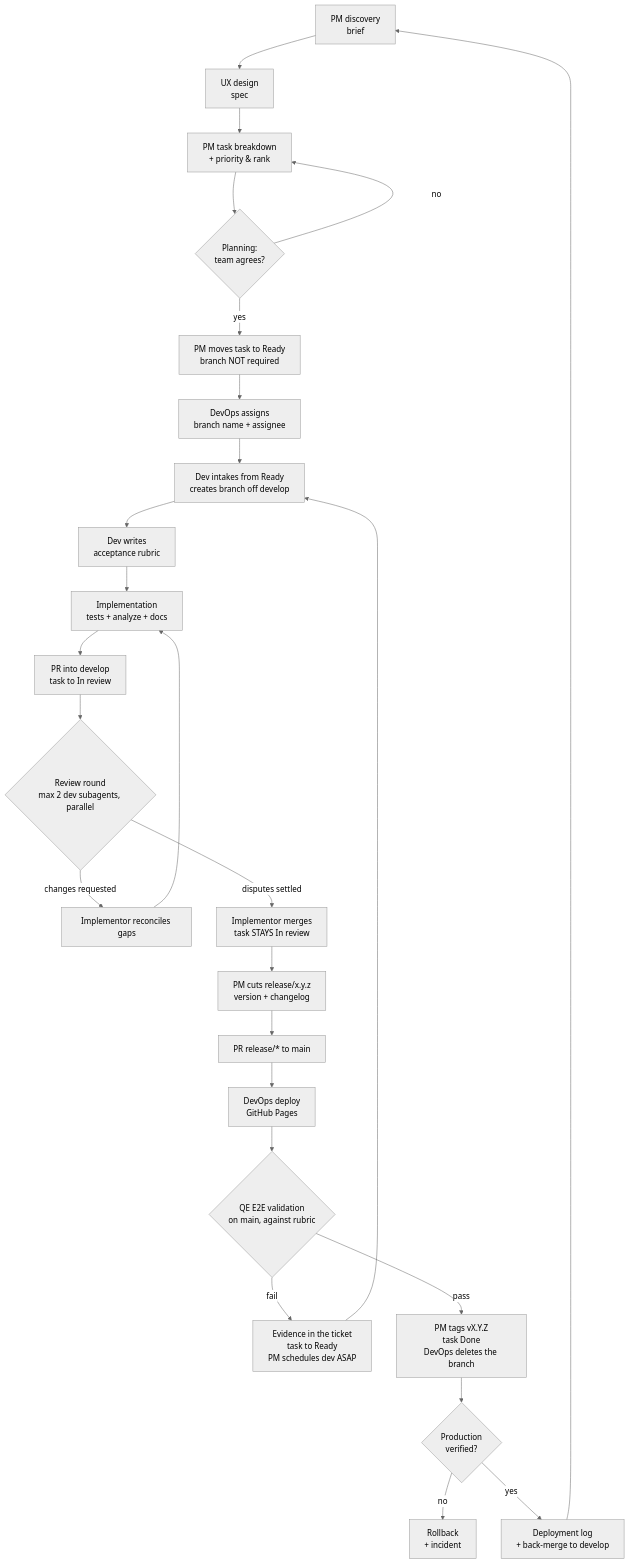
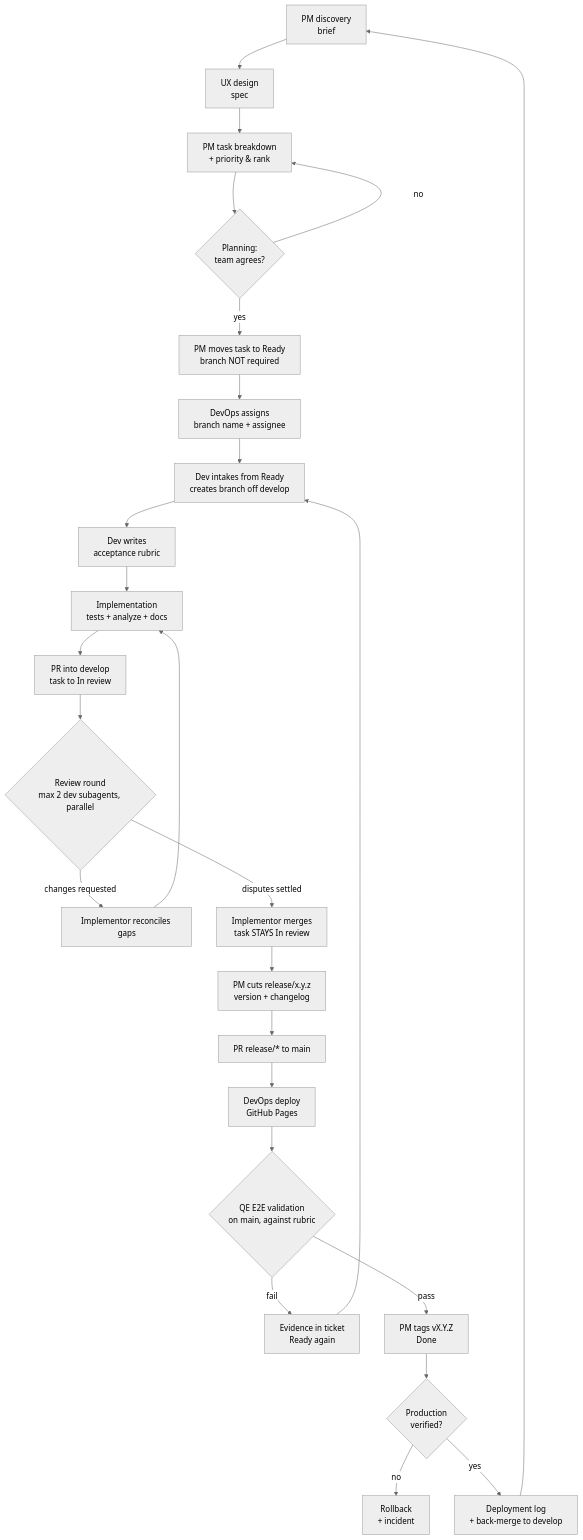
The diagram in docs/agent-team.md (y0n1/bust_a_move_clone), drawn with Mermaid (neutral theme) before and after one commit. The commit also changed other lines of this file and 89 other files, not shown here.

````diff
--- a/docs/agent-team.md
+++ b/docs/agent-team.md
@@ -114,28 +131,28 @@
 ```mermaid
 flowchart TD
     A[PM discovery<br/>brief] --> B[UX design<br/>spec]
     B --> C[PM task breakdown<br/>+ priority & rank]
     C --> D{Planning:<br/>team agrees?}
     D -- no --> C
     D -- yes --> E[PM moves task to Ready<br/>branch NOT required]
     E --> F[DevOps assigns<br/>branch name + assignee]
     F --> G[Dev intakes from Ready<br/>creates branch off develop]
     G --> H[Dev writes<br/>acceptance rubric]
     H --> I[Implementation<br/>tests + analyze + docs]
     I --> J[PR into develop<br/>task to In review]
     J --> K{Review round<br/>max 2 dev subagents, parallel}
     K -- changes requested --> L[Implementor reconciles gaps]
     L --> I
     K -- disputes settled --> M[Implementor merges<br/>task STAYS In review]
     M --> N[PM cuts release/x.y.z<br/>version + changelog]
     N --> O[PR release/* to main]
     O --> P[DevOps deploy<br/>GitHub Pages]
     P --> Q{QE E2E validation<br/>on main, against rubric}
-    Q -- fail --> R[Evidence in the ticket<br/>task to Ready<br/>PM schedules dev ASAP]
+    Q -- fail --> R[Evidence in ticket<br/>Ready again]
     R --> G
-    Q -- pass --> S[PM tags vX.Y.Z<br/>task Done<br/>DevOps deletes the branch]
+    Q -- pass --> S[PM tags vX.Y.Z<br/>Done]
     S --> T{Production<br/>verified?}
     T -- no --> U[Rollback<br/>+ incident]
     T -- yes --> V[Deployment log<br/>+ back-merge to develop]
     V --> A
 ```
````
